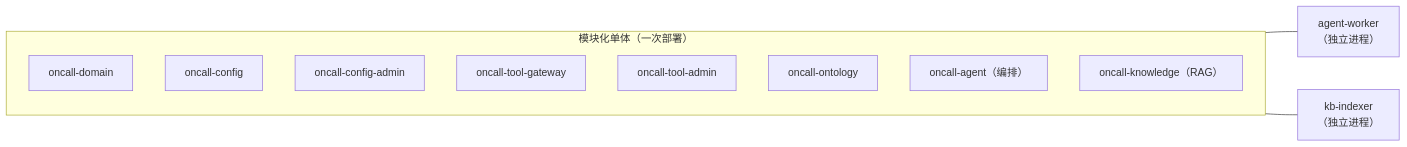
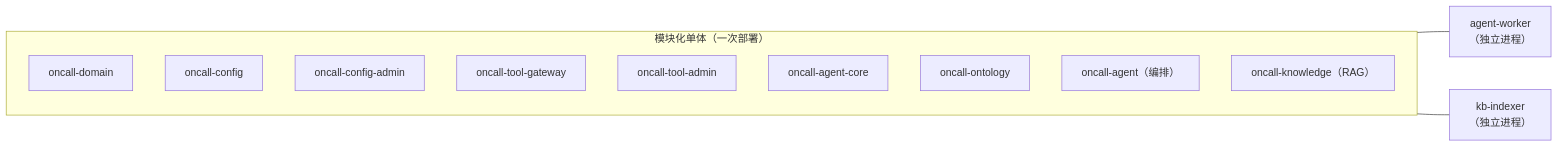
Before and after one commit to tough723/-agent-: the third of 6 diagrams in 2.项目整体架构和技术栈选型分析设计文档.md, drawn with Mermaid. The commit also changed other lines of this file and 7 other files, not shown here.

````diff
--- a/2.项目整体架构和技术栈选型分析设计文档.md
+++ b/2.项目整体架构和技术栈选型分析设计文档.md
@@ -114,17 +114,18 @@
 ```mermaid
 flowchart LR
     subgraph M["模块化单体（一次部署）"]
         D["oncall-domain"]
         C["oncall-config"]
         CA["oncall-config-admin"]
         T["oncall-tool-gateway"]
         TA["oncall-tool-admin"]
+        AC["oncall-agent-core"]
         ON["oncall-ontology"]
         AG["oncall-agent（编排）"]
         K["oncall-knowledge（RAG）"]
     end
     W["agent-worker<br/>（独立进程）"]
     IDX["kb-indexer<br/>（独立进程）"]
     M --- W
     M --- IDX
 ```
````
